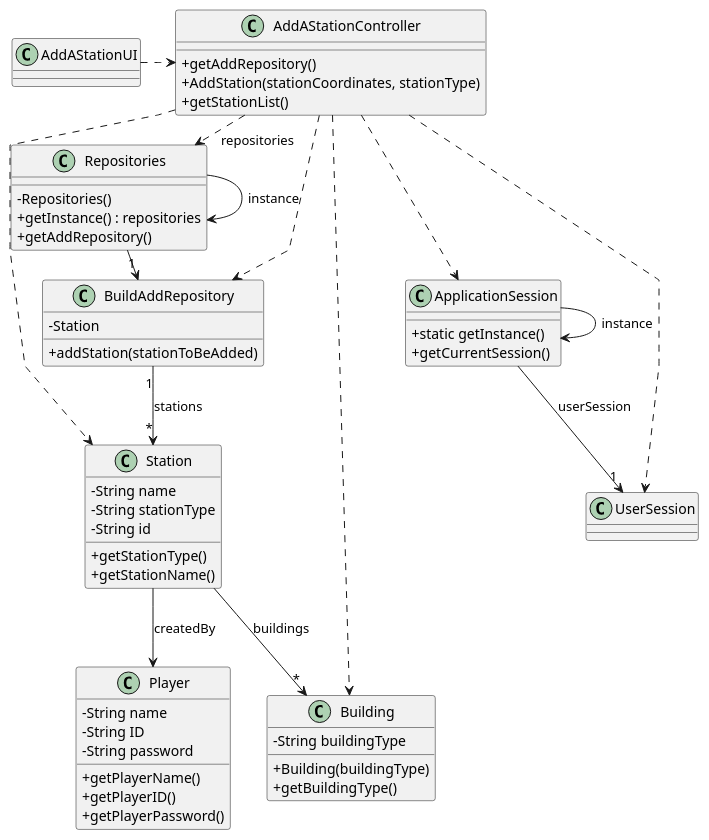
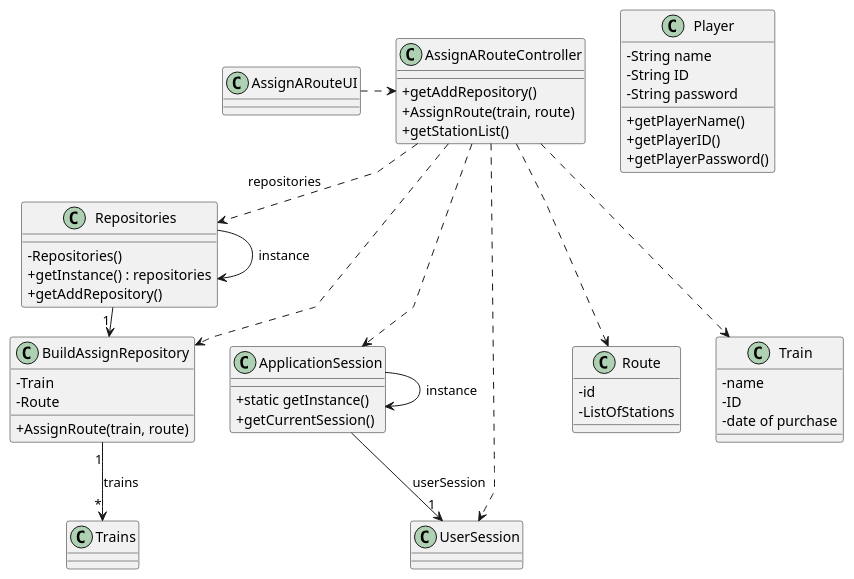
One commit to ivasduarte/all-aboard changed the diagram in docs/sprint2/us010/03.design/puml/us010-class-diagram.puml. Above: the diagram before and after it, drawn with PlantUML. The commit also changed 2 other files, not shown here.

Commit message:
US010(docs): Class Diagram Added

```diff
--- a/docs/sprint2/us010/03.design/puml/us010-class-diagram.puml
+++ b/docs/sprint2/us010/03.design/puml/us010-class-diagram.puml
@@ -1,82 +1,79 @@
 @startuml
 skinparam packageeStyle rectangle
 skinparam shadowing false
 skinparam linetype polyline
 
 skinparam classAttributeIconSize 0
 
 class Player {
     - String name
     - String ID
     - String password
     + getPlayerName()
     + getPlayerID()
     + getPlayerPassword()
 }
 
 class UserSession {
 }
 
+class Route{
+    - id
+    - ListOfStations
+}
+
+class Train{
+    - name
+    - ID
+    - date of purchase
+}
+
+
 class ApplicationSession {
     + static getInstance()
     + getCurrentSession()
 }
 
 
-class Station {
-    - String name
-    - String stationType
-    - String id
-    + getStationType()
-    + getStationName()
+class AssignARouteUI {
 }
 
-class Building {
-    - String buildingType
-    + Building(buildingType)
-    + getBuildingType()
-}
-
-class AddAStationUI {
-}
-
-class AddAStationController {
+class AssignARouteController {
     + getAddRepository()
-    + AddStation(stationCoordinates, stationType)
+    + AssignRoute(train, route)
     + getStationList()
 }
 
 class Repositories {
     - Repositories()
     + getInstance() : repositories
     + getAddRepository()
 }
 
-class BuildAddRepository {
-    - Station
-    + addStation(stationToBeAdded)
+class BuildAssignRepository {
+    - Train
+    - Route
+    + AssignRoute(train, route)
 }
 
 Repositories -> Repositories : instance
 ApplicationSession -> ApplicationSession : instance
 
-AddAStationUI .> AddAStationController
+AssignARouteUI .> AssignARouteController
 
-AddAStationController .> Repositories : repositories
+AssignARouteController .> Repositories : repositories
 
-Repositories -> "1" BuildAddRepository
-AddAStationController ..> Station
-AddAStationController ..> Building
-AddAStationController ..> BuildAddRepository
+Repositories -> "1" BuildAssignRepository
+AssignARouteController ..> Train
+AssignARouteController ..> Route
+AssignARouteController ..> BuildAssignRepository
 
 ApplicationSession --> "1" UserSession : userSession
 
-AddAStationController ..> ApplicationSession
-AddAStationController ..> UserSession
+AssignARouteController ..> ApplicationSession
+AssignARouteController ..> UserSession
 
-BuildAddRepository "1" --> "*" Station : stations
+BuildAssignRepository "1" --> "*" Trains : trains
 
-Station --> Player : createdBy
-Station --> "*" Building : buildings
 
 @enduml
```
